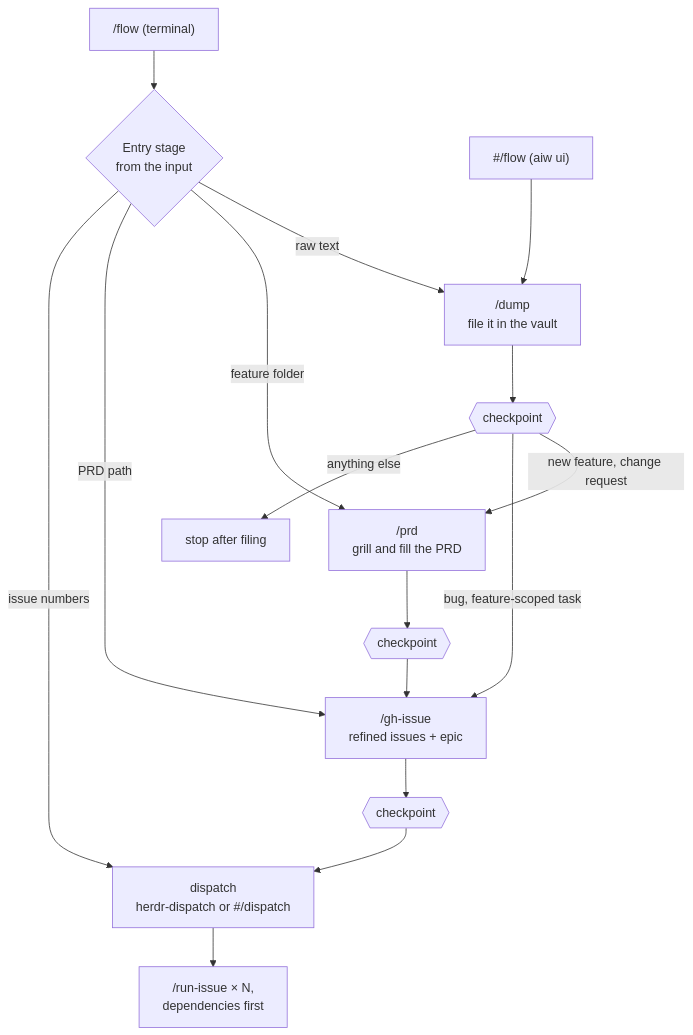
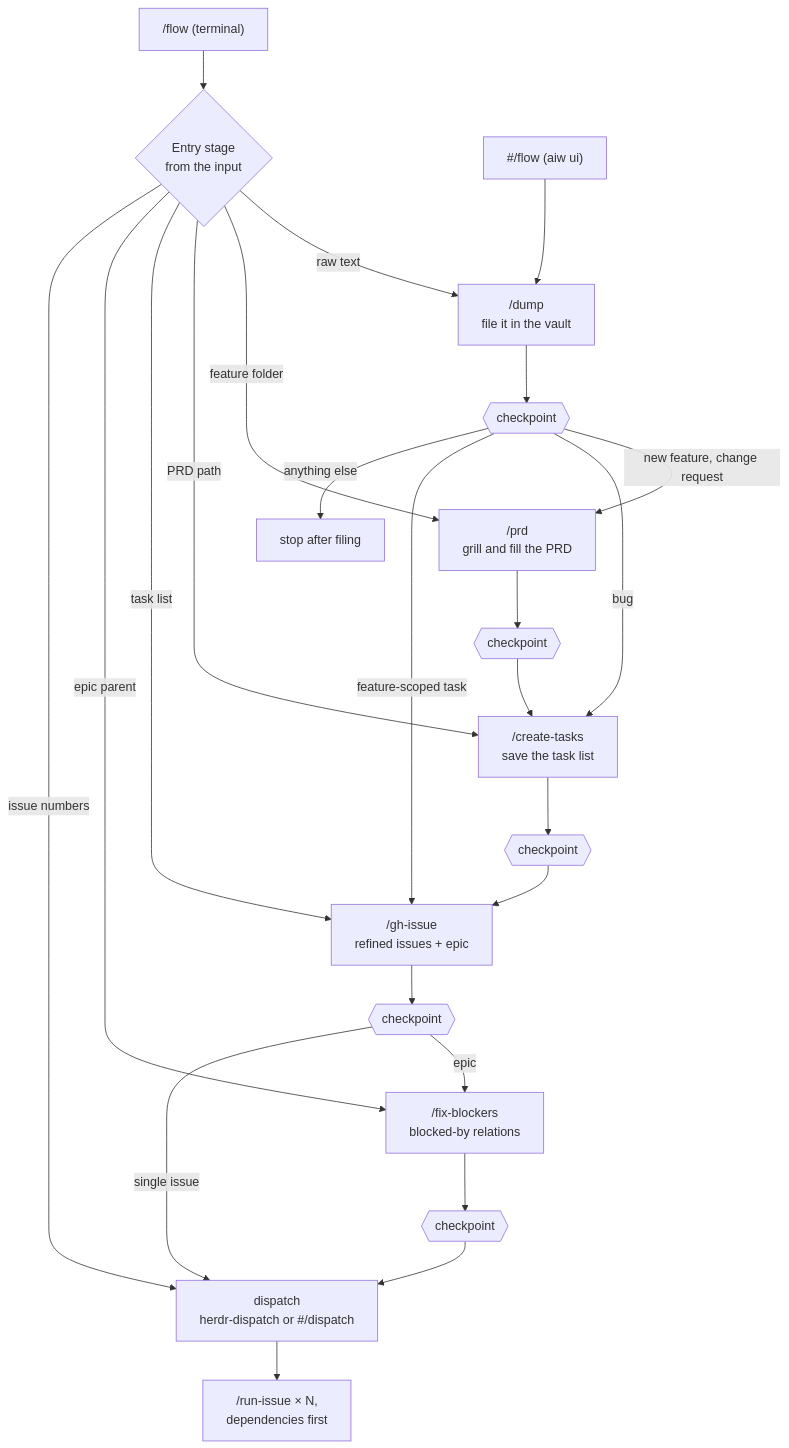
Before and after one commit to masnun-siam/ai-workflow: the third of 3 diagrams in docs/HOW-IT-WORKS.md, drawn with Mermaid. The commit also changed other lines of this file and 18 other files, not shown here.

First line of the commit message:
feat(flow): six steps, dump -> prd -> tasks -> issues -> blockers -> dispatch

````diff
--- a/docs/HOW-IT-WORKS.md
+++ b/docs/HOW-IT-WORKS.md
@@ -387,18 +387,26 @@
 ```mermaid
 flowchart TD
     CLI["/flow (terminal)"] --> E{"Entry stage<br/>from the input"}
     UI["#/flow (aiw ui)"] --> D
     E -->|raw text| D["/dump<br/>file it in the vault"]
     E -->|feature folder| P
-    E -->|PRD path| G
+    E -->|PRD path| T
+    E -->|task list| G
+    E -->|epic parent| B
     E -->|issue numbers| X
     D --> C1{{"checkpoint"}}
     C1 -->|new feature, change request| P["/prd<br/>grill and fill the PRD"]
-    C1 -->|bug, feature-scoped task| G
+    C1 -->|bug| T
+    C1 -->|feature-scoped task| G
     C1 -->|anything else| S["stop after filing"]
     P --> C2{{"checkpoint"}}
-    C2 --> G["/gh-issue<br/>refined issues + epic"]
+    C2 --> T["/create-tasks<br/>save the task list"]
+    T --> C4{{"checkpoint"}}
+    C4 --> G["/gh-issue<br/>refined issues + epic"]
     G --> C3{{"checkpoint"}}
-    C3 --> X["dispatch<br/>herdr-dispatch or #/dispatch"]
+    C3 -->|epic| B["/fix-blockers<br/>blocked-by relations"]
+    C3 -->|single issue| X
+    B --> C5{{"checkpoint"}}
+    C5 --> X["dispatch<br/>herdr-dispatch or #/dispatch"]
     X --> R["/run-issue × N,<br/>dependencies first"]
 ```
````
